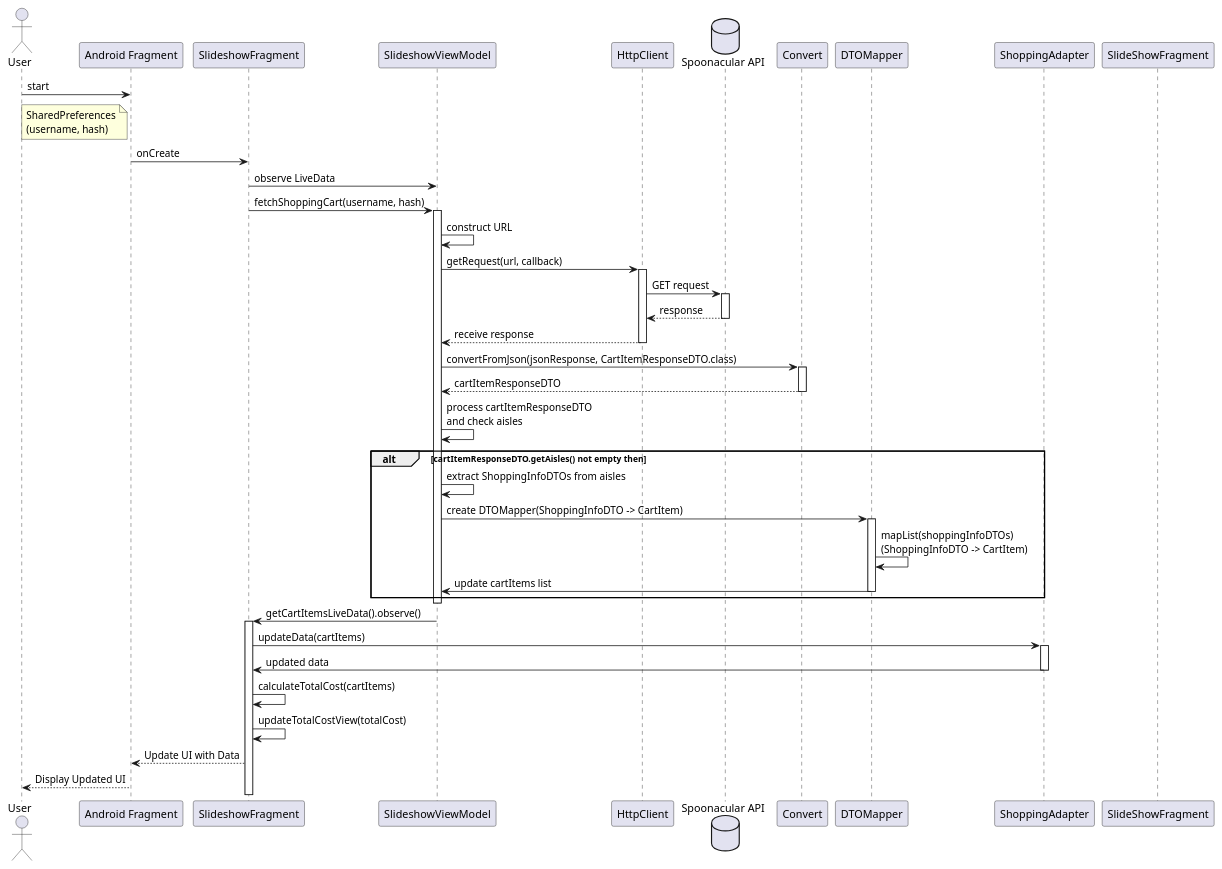
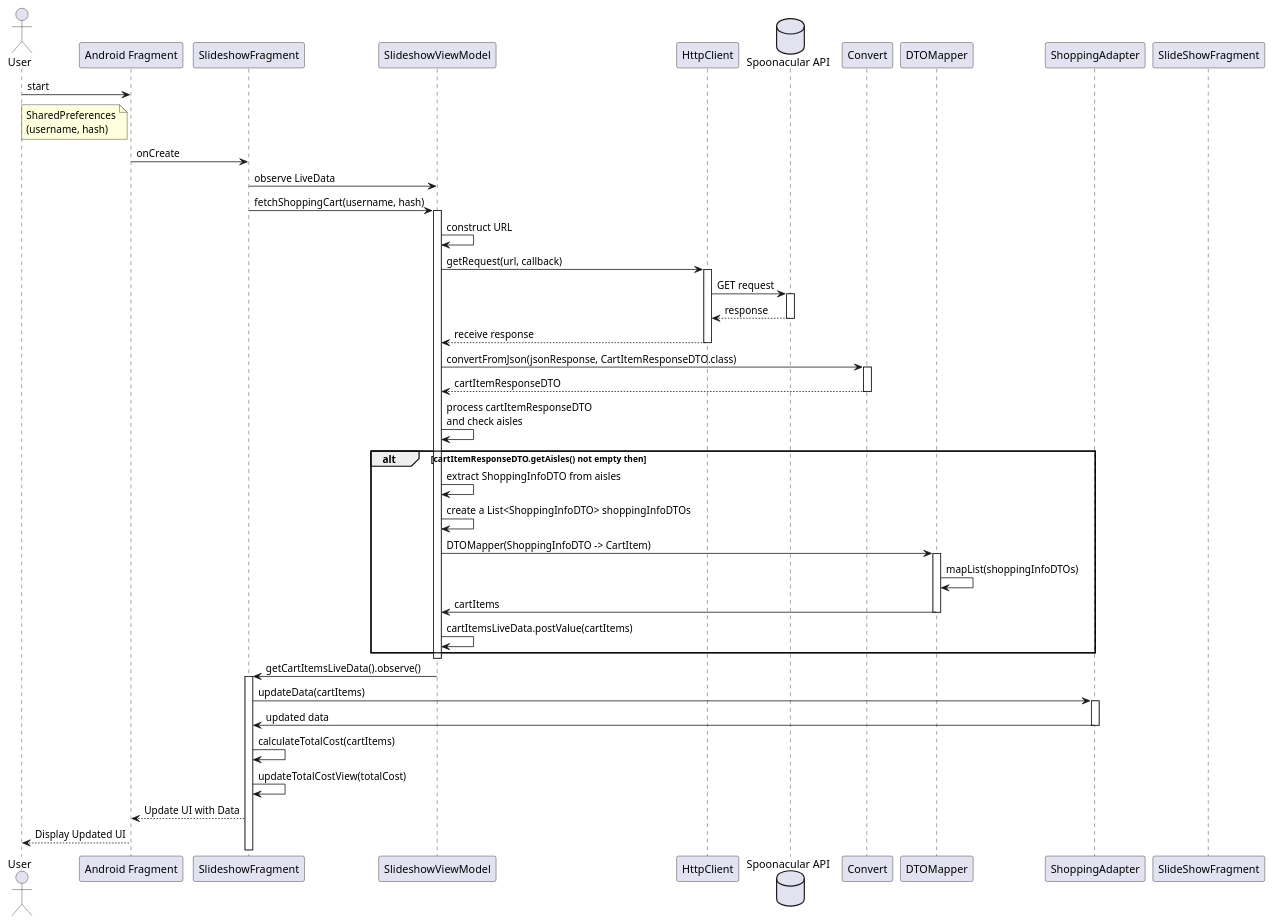
The diagram in Documents/US/US06/SD.puml (IsepMartimOliveira/DSSMV_ProjectDroid_1181754), drawn with PlantUML before and after one commit. The commit also changed 7 other files, not shown here.

```diff
--- a/Documents/US/US06/SD.puml
+++ b/Documents/US/US06/SD.puml
@@ -1,55 +1,56 @@
 @startuml
 actor User as User
 participant "Android Fragment" as Fragment
 participant "SlideshowFragment" as SlideshowFragment
 participant "SlideshowViewModel" as SlideshowViewModel
 participant "HttpClient" as HttpClient
 database "Spoonacular API" as Server
 participant "Convert" as Convert
 participant "DTOMapper" as DTOMapper
 participant "ShoppingAdapter" as ShoppingAdapter
 User->Fragment:start
 Note left of Fragment: SharedPreferences\n(username, hash)
 Fragment->SlideshowFragment: onCreate
 SlideshowFragment -> SlideshowViewModel: observe LiveData
 SlideshowFragment -> SlideshowViewModel: fetchShoppingCart(username, hash)
 activate SlideshowViewModel
 SlideshowViewModel -> SlideshowViewModel: construct URL
 SlideshowViewModel -> HttpClient: getRequest(url, callback)
 activate HttpClient
 HttpClient -> Server: GET request
 activate Server
 Server --> HttpClient:  response
 deactivate Server
 HttpClient --> SlideshowViewModel: receive response
 deactivate HttpClient
 SlideshowViewModel -> Convert: convertFromJson(jsonResponse, CartItemResponseDTO.class)
 activate Convert
 Convert --> SlideshowViewModel: cartItemResponseDTO
 deactivate Convert
 
 SlideshowViewModel -> SlideshowViewModel: process cartItemResponseDTO\nand check aisles
 alt cartItemResponseDTO.getAisles() not empty then
-  SlideshowViewModel -> SlideshowViewModel: extract ShoppingInfoDTOs from aisles
-  SlideshowViewModel -> DTOMapper: create DTOMapper(ShoppingInfoDTO -> CartItem)
+  SlideshowViewModel -> SlideshowViewModel: extract ShoppingInfoDTO from aisles
+  SlideshowViewModel->SlideshowViewModel: create a List<ShoppingInfoDTO> shoppingInfoDTOs
+  SlideshowViewModel -> DTOMapper:  DTOMapper(ShoppingInfoDTO -> CartItem)
   activate DTOMapper
-  DTOMapper -> DTOMapper: mapList(shoppingInfoDTOs)\n(ShoppingInfoDTO -> CartItem)
-  DTOMapper -> SlideshowViewModel: update cartItems list
+  DTOMapper -> DTOMapper: mapList(shoppingInfoDTOs)
+  DTOMapper -> SlideshowViewModel: cartItems
   deactivate DTOMapper
-
+SlideshowViewModel->SlideshowViewModel:cartItemsLiveData.postValue(cartItems)
 end if
 deactivate SlideshowViewModel
 
 SlideshowViewModel -> SlideshowFragment: getCartItemsLiveData().observe()
 activate SlideshowFragment
 SlideshowFragment -> ShoppingAdapter: updateData(cartItems)
 activate ShoppingAdapter
 ShoppingAdapter -> SlideshowFragment: updated data
 deactivate ShoppingAdapter
 SlideshowFragment -> SlideshowFragment: calculateTotalCost(cartItems)
 SlideshowFragment -> SlideshowFragment: updateTotalCostView(totalCost)
 SlideshowFragment --> Fragment: Update UI with Data
 deactivate SlideShowFragment
 Fragment --> User: Display Updated UI
 
 @enduml
```
